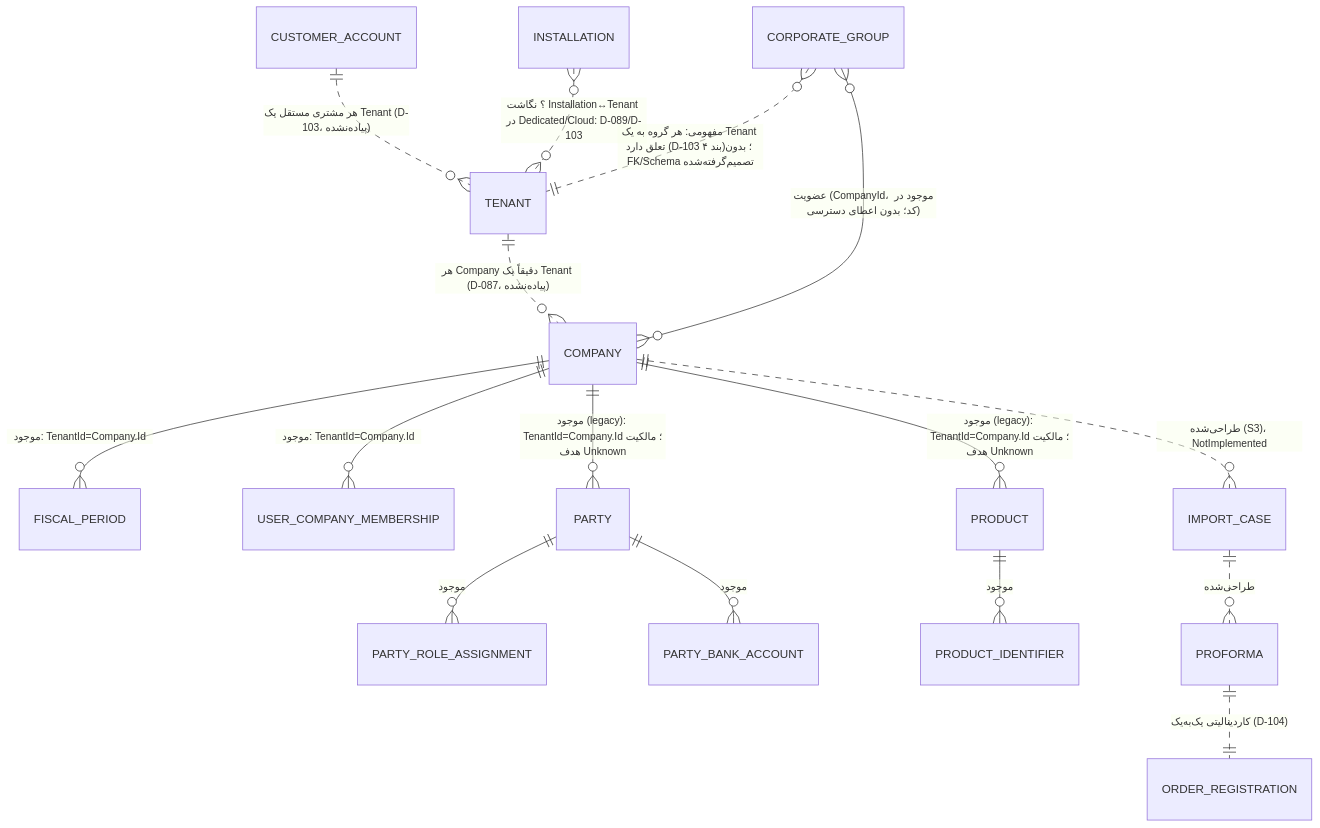
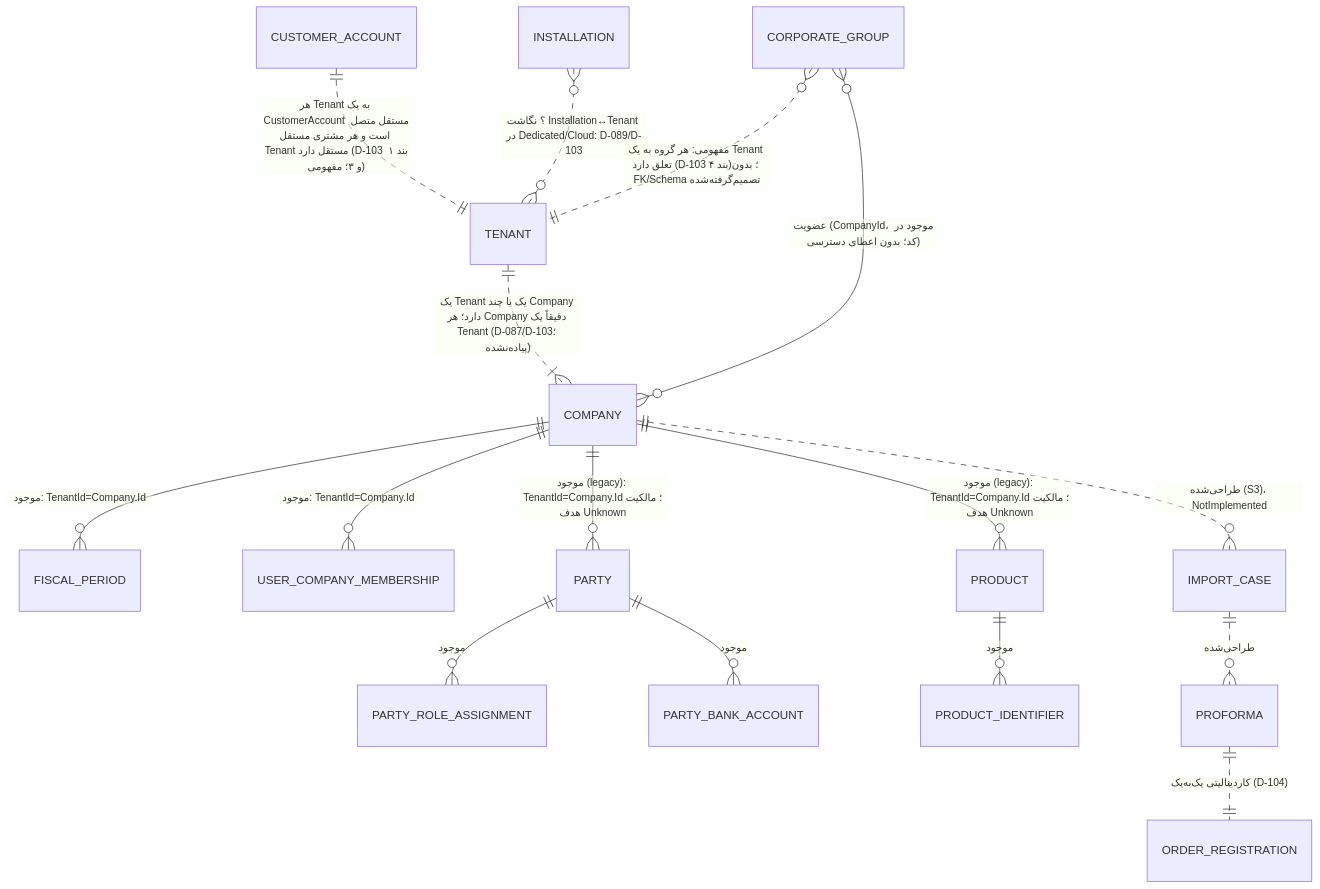
Before and after one commit to hamidreza1394/Accounting: the diagram in docs/TRADE_TENANT_COMPANY_AUDIT.md, drawn with Mermaid. The commit also changed other lines of this file and 4 other files, not shown here.

First line of the commit message:
docs(trade): رفع ۸ نکتهٔ Review در PR #706 (D-086/D-104، P-4/P-5، G6، ERD، Traceability)

````diff
--- a/docs/TRADE_TENANT_COMPANY_AUDIT.md
+++ b/docs/TRADE_TENANT_COMPANY_AUDIT.md
@@ -180,18 +180,18 @@
 ```mermaid
 erDiagram
-    CUSTOMER_ACCOUNT ||..o{ TENANT : "هر مشتری مستقل یک Tenant (D-103، پیاده‌نشده)"
-    TENANT ||..o{ COMPANY : "هر Company دقیقاً یک Tenant (D-087، پیاده‌نشده)"
+    CUSTOMER_ACCOUNT ||..|| TENANT : "هر Tenant به یک CustomerAccount مستقل متصل است و هر مشتری مستقل Tenant مستقل دارد (D-103 بند ۱ و ۳؛ مفهومی)"
+    TENANT ||..|{ COMPANY : "یک Tenant یک یا چند Company دارد؛ هر Company دقیقاً یک Tenant (D-087/D-103؛ پیاده‌نشده)"
     INSTALLATION }o..o{ TENANT : "؟ نگاشت Installation↔Tenant در Dedicated/Cloud: D-089/D-103"
     CORPORATE_GROUP }o--o{ COMPANY : "عضویت (CompanyId، موجود در کد؛ بدون اعطای دسترسی)"
     CORPORATE_GROUP }o..|| TENANT : "مفهومی: هر گروه به یک Tenant تعلق دارد (D-103 بند ۴)؛ بدون FK/Schema تصمیم‌گرفته‌شده"
     COMPANY ||--o{ FISCAL_PERIOD : "موجود: TenantId=Company.Id"
     COMPANY ||--o{ USER_COMPANY_MEMBERSHIP : "موجود: TenantId=Company.Id"
     COMPANY ||--o{ PARTY : "موجود (legacy): TenantId=Company.Id؛ مالکیت هدف Unknown"
     COMPANY ||--o{ PRODUCT : "موجود (legacy): TenantId=Company.Id؛ مالکیت هدف Unknown"
     PARTY ||--o{ PARTY_ROLE_ASSIGNMENT : "موجود"
     PARTY ||--o{ PARTY_BANK_ACCOUNT : "موجود"
     PRODUCT ||--o{ PRODUCT_IDENTIFIER : "موجود"
     COMPANY ||..o{ IMPORT_CASE : "طراحی‌شده (S3)، NotImplemented"
     IMPORT_CASE ||..o{ PROFORMA : "طراحی‌شده"
     PROFORMA ||..|| ORDER_REGISTRATION : "کاردینالیتی یک‌به‌یک (D-104)"
 ```
````
